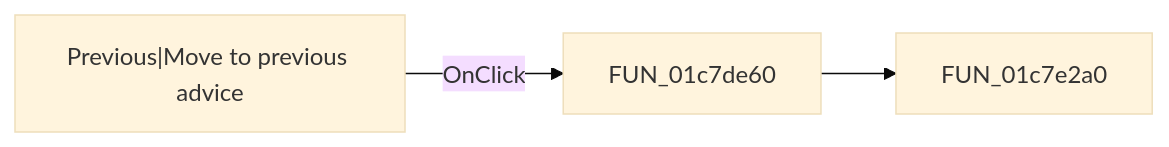
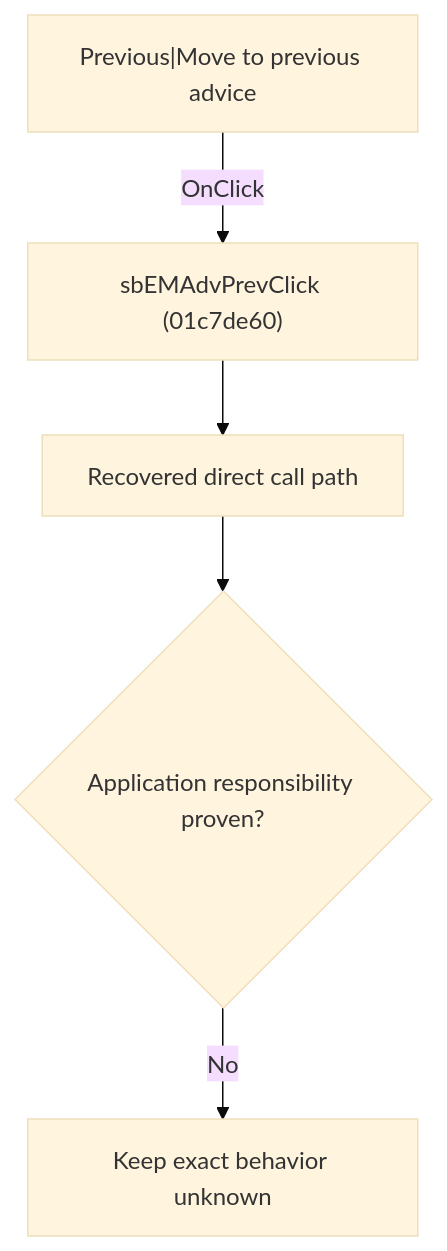
The diagram in docs/ui-controls/schematiceditor/sbemadvprev-6d15d3ef41.md (MovGP0/TIARA), drawn with Mermaid (base theme) before and after one commit. The commit also changed other lines of this file and 1062 other files, not shown here.

````diff
--- a/docs/ui-controls/schematiceditor/sbemadvprev-6d15d3ef41.md
+++ b/docs/ui-controls/schematiceditor/sbemadvprev-6d15d3ef41.md
@@ -27,5 +27,7 @@
 ```mermaid
-flowchart LR
-    control["Previous|Move to previous advice"] -->|OnClick| handler["FUN_01c7de60"]
-    handler --> call1["FUN_01c7e2a0"]
+flowchart TD
+    control["Previous|Move to previous advice"] -->|"OnClick"| handler["sbEMAdvPrevClick (01c7de60)"]
+    handler --> recovered["Recovered direct call path"]
+    recovered --> gap{"Application responsibility proven?"}
+    gap -->|"No"| blocked["Keep exact behavior unknown"]
 ```
````
